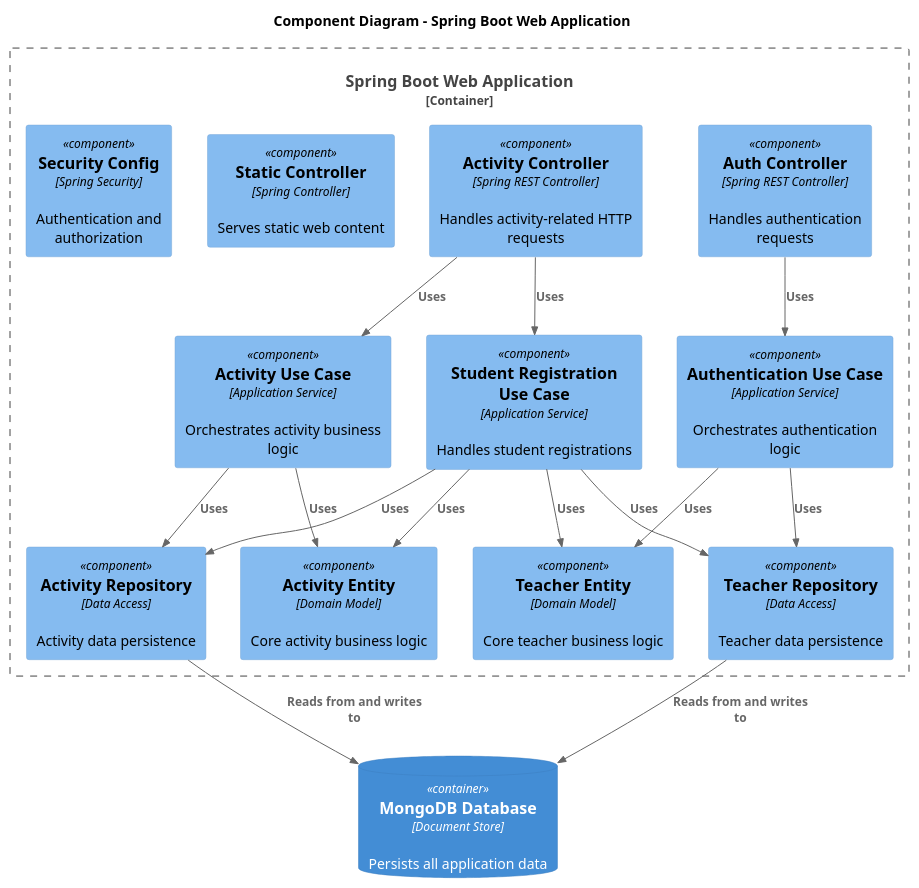
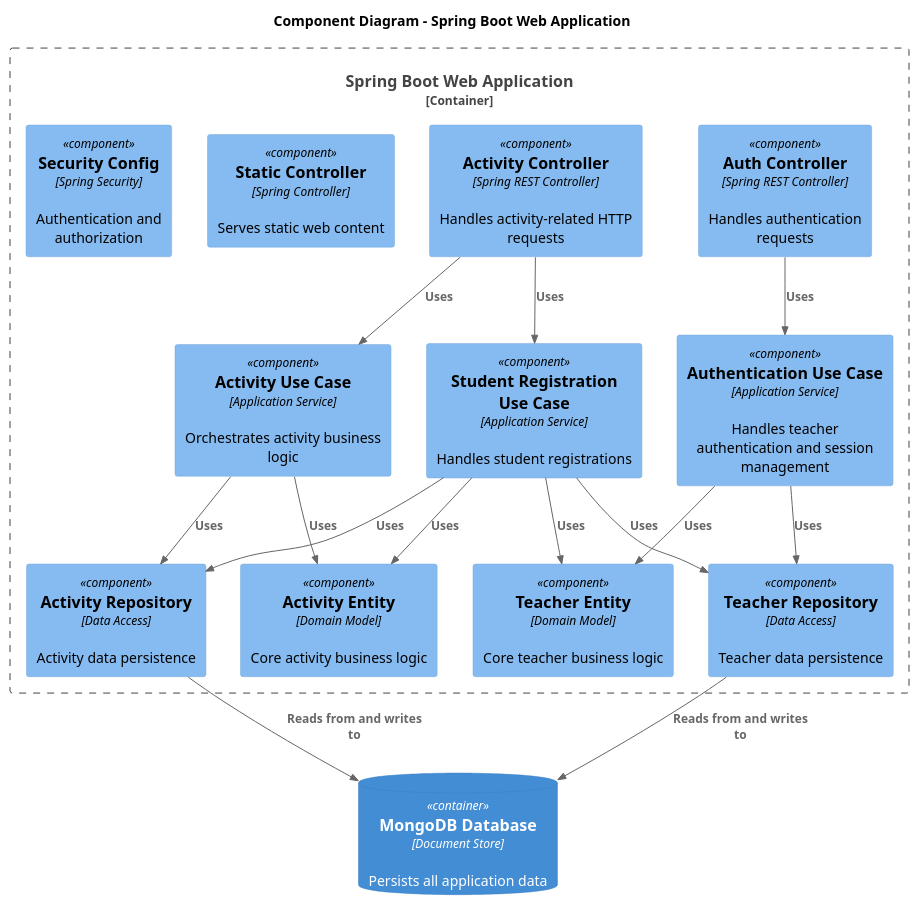
The diagram in docs/architecture/component-diagram.puml (juliannaPaz/java-copilot-code-agent), drawn with PlantUML before and after one commit. The commit also changed 1 other file, not shown here.

Commit message:
Update documentation to reflect current application state

```diff
--- a/docs/architecture/component-diagram.puml
+++ b/docs/architecture/component-diagram.puml
@@ -1,43 +1,43 @@
 @startuml component-diagram
 !include <C4/C4_Component>
 
 title Component Diagram - Spring Boot Web Application
 
 Container_Boundary(webApp, "Spring Boot Web Application") {
     Component(activityController, "Activity Controller", "Spring REST Controller", "Handles activity-related HTTP requests")
     Component(authController, "Auth Controller", "Spring REST Controller", "Handles authentication requests")
     Component(staticController, "Static Controller", "Spring Controller", "Serves static web content")
     
     Component(activityUseCase, "Activity Use Case", "Application Service", "Orchestrates activity business logic")
-    Component(authUseCase, "Authentication Use Case", "Application Service", "Orchestrates authentication logic")
+    Component(authUseCase, "Authentication Use Case", "Application Service", "Handles teacher authentication and session management")
     Component(registrationUseCase, "Student Registration Use Case", "Application Service", "Handles student registrations")
     
     Component(activityEntity, "Activity Entity", "Domain Model", "Core activity business logic")
     Component(teacherEntity, "Teacher Entity", "Domain Model", "Core teacher business logic")
     
     Component(activityRepo, "Activity Repository", "Data Access", "Activity data persistence")
     Component(teacherRepo, "Teacher Repository", "Data Access", "Teacher data persistence")
     
     Component(securityConfig, "Security Config", "Spring Security", "Authentication and authorization")
 }
 
 ContainerDb(database, "MongoDB Database", "Document Store", "Persists all application data")
 
 Rel(activityController, activityUseCase, "Uses")
 Rel(activityController, registrationUseCase, "Uses")
 Rel(authController, authUseCase, "Uses")
 
 Rel(activityUseCase, activityEntity, "Uses")
 Rel(authUseCase, teacherEntity, "Uses")
 Rel(registrationUseCase, activityEntity, "Uses")
 Rel(registrationUseCase, teacherEntity, "Uses")
 
 Rel(activityUseCase, activityRepo, "Uses")
 Rel(authUseCase, teacherRepo, "Uses")
 Rel(registrationUseCase, activityRepo, "Uses")
 Rel(registrationUseCase, teacherRepo, "Uses")
 
 Rel(activityRepo, database, "Reads from and writes to")
 Rel(teacherRepo, database, "Reads from and writes to")
 
 @enduml
```
